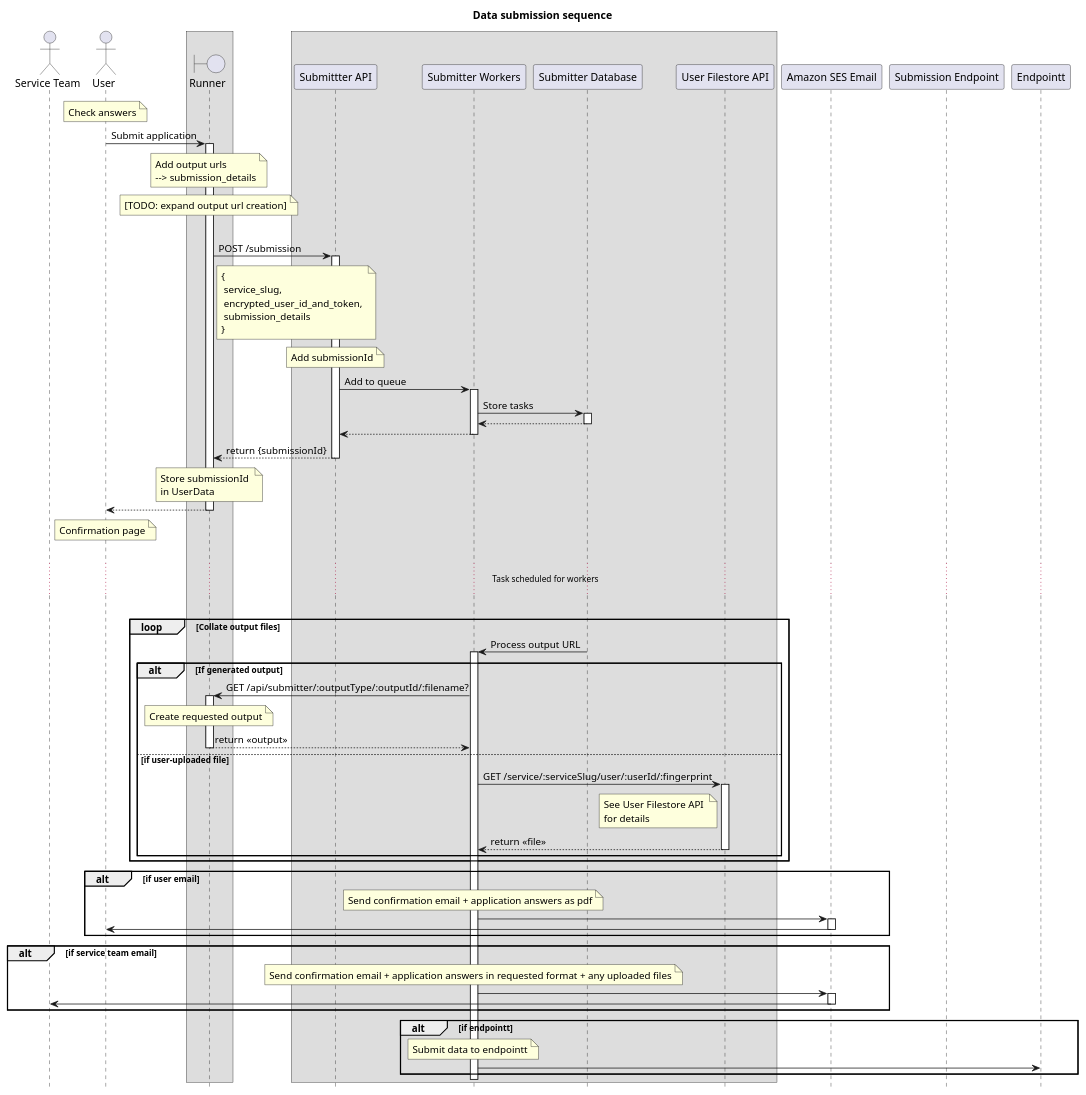
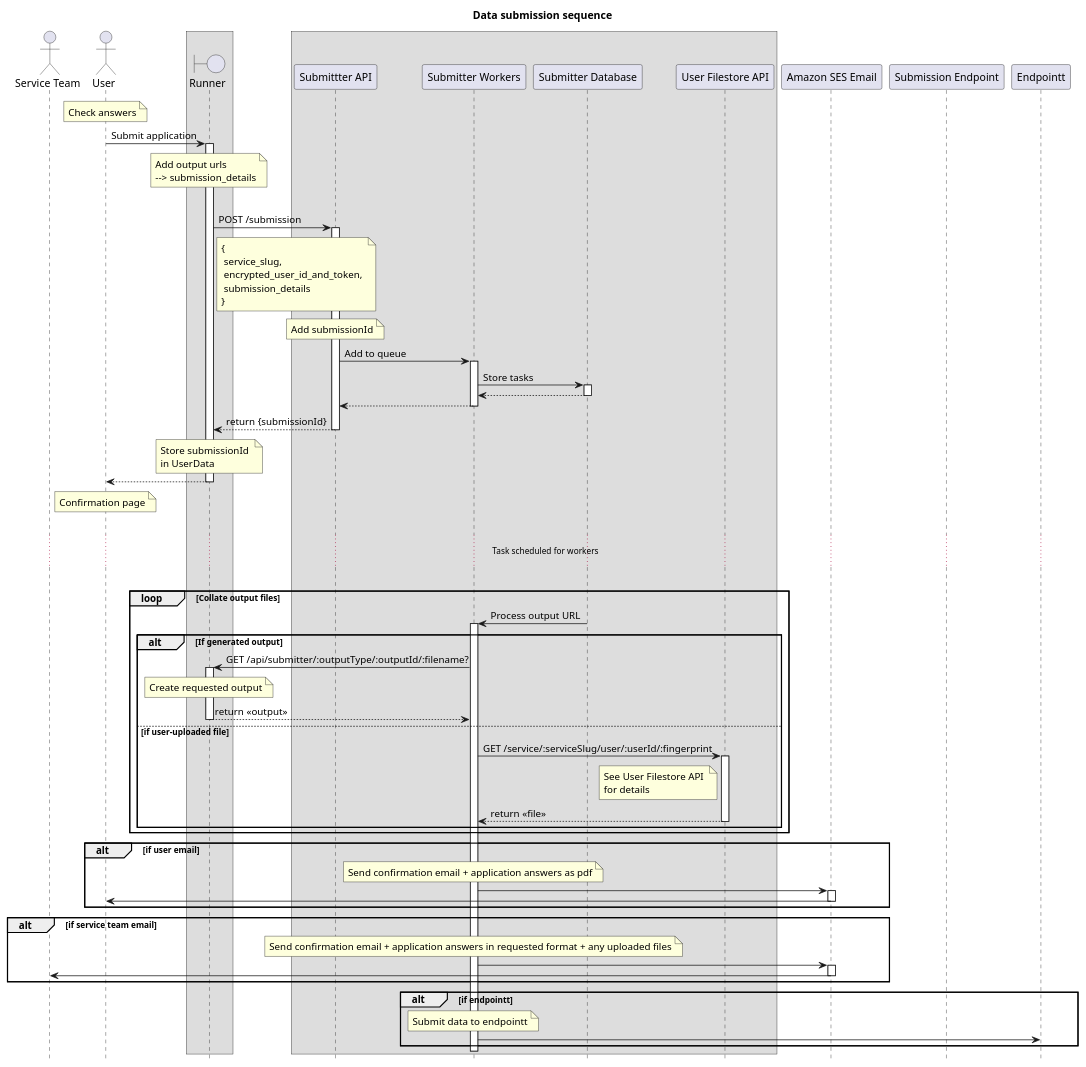
The diagram in documentation/submitting/images/submitting.puml (ministryofjustice/form-builder), drawn with PlantUML before and after one commit.

Commit message:
Removed todo, now default outputt explanations added to submitting.md

```diff
--- a/documentation/submitting/images/submitting.puml
+++ b/documentation/submitting/images/submitting.puml
@@ -1,132 +1,130 @@
 @startuml
 hide footbox
 title Data submission sequence
 
 actor "Service Team" as ServiceTeam
 
 actor User as User
 
 box
 boundary Runner as Runner
 endbox
 
 box
 participant "Submittter API" as SubmitterAPI
 
 participant "Submitter Workers" as SubmitterWorkers
 
 participant "Submitter Database" as SubmitterDB
 
 participant "User Filestore API" as FilestoreAPI
 endbox
 
 participant "Amazon SES Email" as Email
 participant "Submission Endpoint" as Endpoint
 
 Note over User: Check answers
 
 User -> Runner : Submit application
 
 activate Runner
 
 Note over Runner : Add output urls\n--> submission_details
-
-Note over Runner : [TODO: expand output url creation]
 
 |||
 
 Runner -> SubmitterAPI : POST /submission
 
 activate SubmitterAPI
 
 Note right of Runner : { \n service_slug, \n encrypted_user_id_and_token, \n submission_details \n}
 
 Note over SubmitterAPI : Add submissionId
 
 SubmitterAPI -> SubmitterWorkers : Add to queue
 
 activate SubmitterWorkers
 
 SubmitterWorkers -> SubmitterDB ++ : Store tasks
 SubmitterDB --> SubmitterWorkers --
 
 SubmitterWorkers --> SubmitterAPI
 
 deactivate SubmitterWorkers
 
 SubmitterAPI --> Runner : return {submissionId}
 
 deactivate SubmitterAPI
 
 Note over Runner : Store submissionId \nin UserData
 
 Runner --> User
 
 deactivate Runner
 
 Note over User: Confirmation page
 
 |||
 ... Task scheduled for workers ...
 |||
 
 loop Collate output files
 
   SubmitterDB -> SubmitterWorkers : Process output URL
 
   activate SubmitterWorkers
 
   alt If generated output
 
     SubmitterWorkers -> Runner : GET /api/submitter/:outputType/:outputId/:filename?
 
     activate Runner
 
     Note over Runner : Create requested output
 
     Runner --> SubmitterWorkers : return <<output>>
 
     deactivate Runner
 
     else if user-uploaded file
 
     SubmitterWorkers -> FilestoreAPI : GET /service/:serviceSlug/user/:userId/:fingerprint
 
     activate FilestoreAPI
 
     Note left of FilestoreAPI: See User Filestore API \nfor details
 
     FilestoreAPI --> SubmitterWorkers : return <<file>>
 
     deactivate FilestoreAPI
 
   end
 
 end
 
 alt if user email
 Note over SubmitterWorkers: Send confirmation email + application answers as pdf
 SubmitterWorkers -> Email
 activate Email
 Email -> User
 deactivate Email
 end
 
 alt if service team email
 Note over SubmitterWorkers: Send confirmation email + application answers in requested format + any uploaded files
 SubmitterWorkers -> Email
 activate Email
 Email -> ServiceTeam
 deactivate Email
 end
 
 alt if endpointt
 Note over SubmitterWorkers: Submit data to endpointt
 SubmitterWorkers -> Endpointt
 end
 
 
 deactivate SubmitterWorkers
 
 
 @enduml
```
